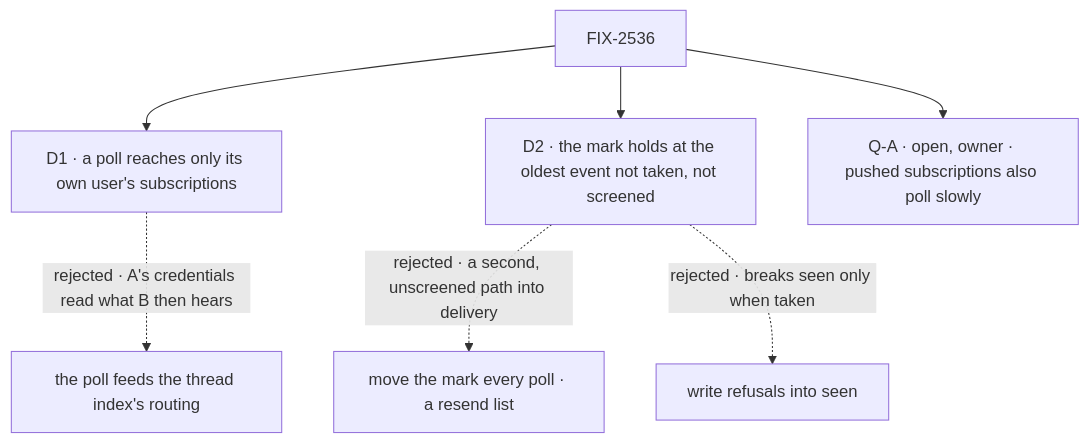
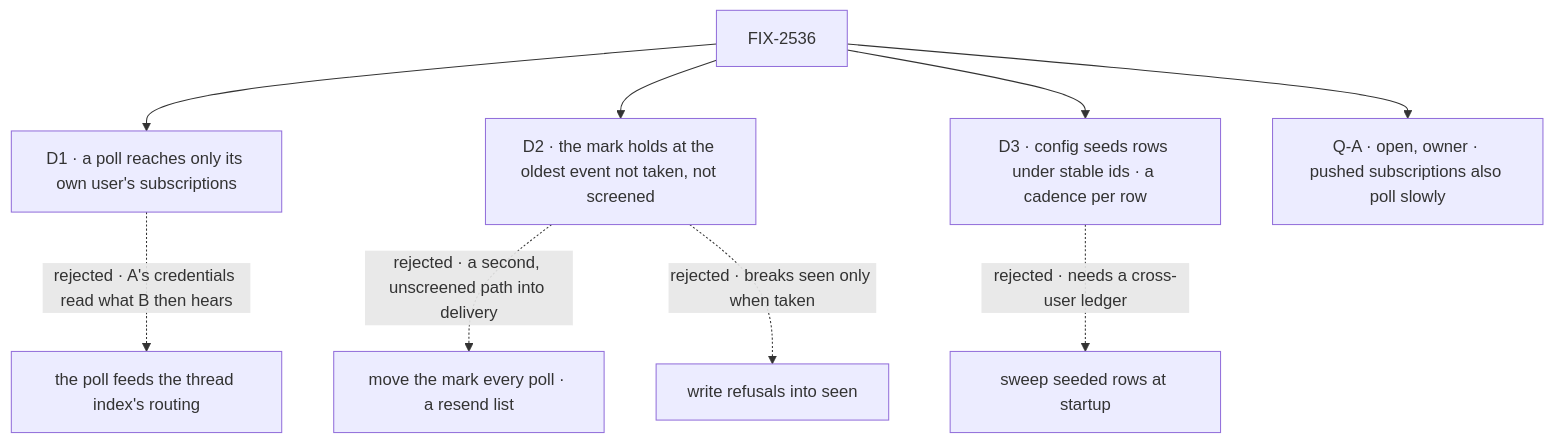
One commit to fixpoint-labs/flow-state-dev changed the diagram in specs/issues/FIX-2536/DECISIONS.md. Above: the diagram before and after it, drawn with Mermaid. The commit also changed other lines of this file and 2 other files, not shown here.

First line of the commit message:
spec(FIX-2536): config-seeded subscriptions and a cadence per subscription (D3)

````diff
--- a/specs/issues/FIX-2536/DECISIONS.md
+++ b/specs/issues/FIX-2536/DECISIONS.md
@@ -9,9 +9,11 @@
 ```mermaid
 flowchart TD
   I["FIX-2536"] --> D1["D1 · a poll reaches only its own user's subscriptions"]
   D1 -.->|"rejected · A's credentials read what B then hears"| X1["the poll feeds the thread index's routing"]
   I --> D2["D2 · the mark holds at the oldest event not taken, not screened"]
   D2 -.->|"rejected · a second, unscreened path into delivery"| X2["move the mark every poll · a resend list"]
   D2 -.->|"rejected · breaks seen only when taken"| X3["write refusals into seen"]
+  I --> D3["D3 · config seeds rows under stable ids · a cadence per row"]
+  D3 -.->|"rejected · needs a cross-user ledger"| X4["sweep seeded rows at startup"]
   I --> QA["Q-A · open, owner · pushed subscriptions also poll slowly"]
 ```
````
